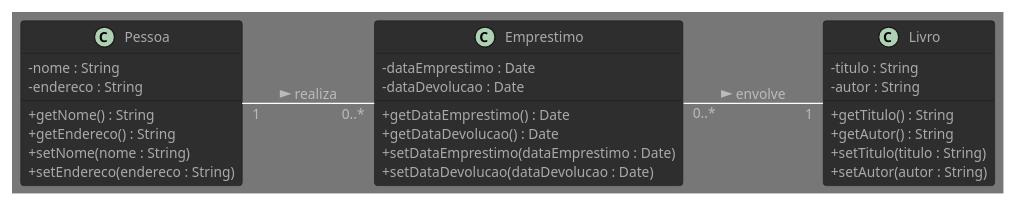
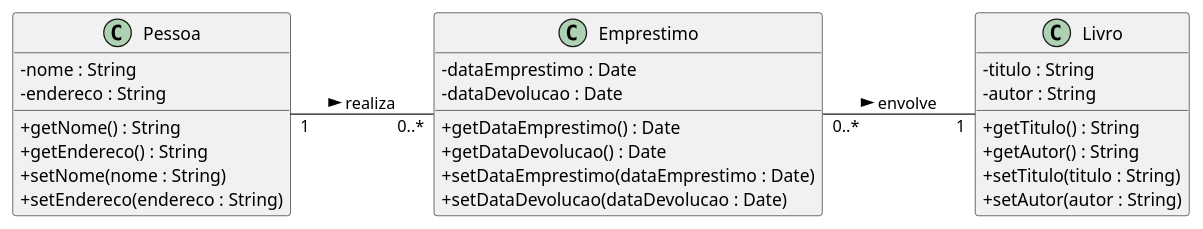
One commit to LeonardoVieiraGuimaraes/OrientacaoObjetos changed the diagram in UML/DiagramasEstruturais/Classes.puml. Above: the diagram before and after it, drawn with PlantUML. The commit also changed 9 other files, not shown here.

```diff
--- a/UML/DiagramasEstruturais/Classes.puml
+++ b/UML/DiagramasEstruturais/Classes.puml
@@ -1,36 +1,36 @@
-@startuml
+@startuml DiagramaDeBiblioteca
 
-!theme reddress-darkblue
+' !theme reddress-darkblue
 left to right direction
 skinparam classAttributeIconSize 0
 class Pessoa {
   - nome : String
   - endereco : String
   + getNome() : String
   + getEndereco() : String
   + setNome(nome : String)
   + setEndereco(endereco : String)
 }
 
 class Livro {
   - titulo : String
   - autor : String
   + getTitulo() : String
   + getAutor() : String
   + setTitulo(titulo : String)
   + setAutor(autor : String)
 }
 
 class Emprestimo {
   - dataEmprestimo : Date
   - dataDevolucao : Date
   + getDataEmprestimo() : Date
   + getDataDevolucao() : Date
   + setDataEmprestimo(dataEmprestimo : Date)
   + setDataDevolucao(dataDevolucao : Date)
 }
 
 Pessoa "1" -- "0..*" Emprestimo : realiza >
 Emprestimo "0..*" -- "1" Livro : envolve >
 
 @enduml
```
